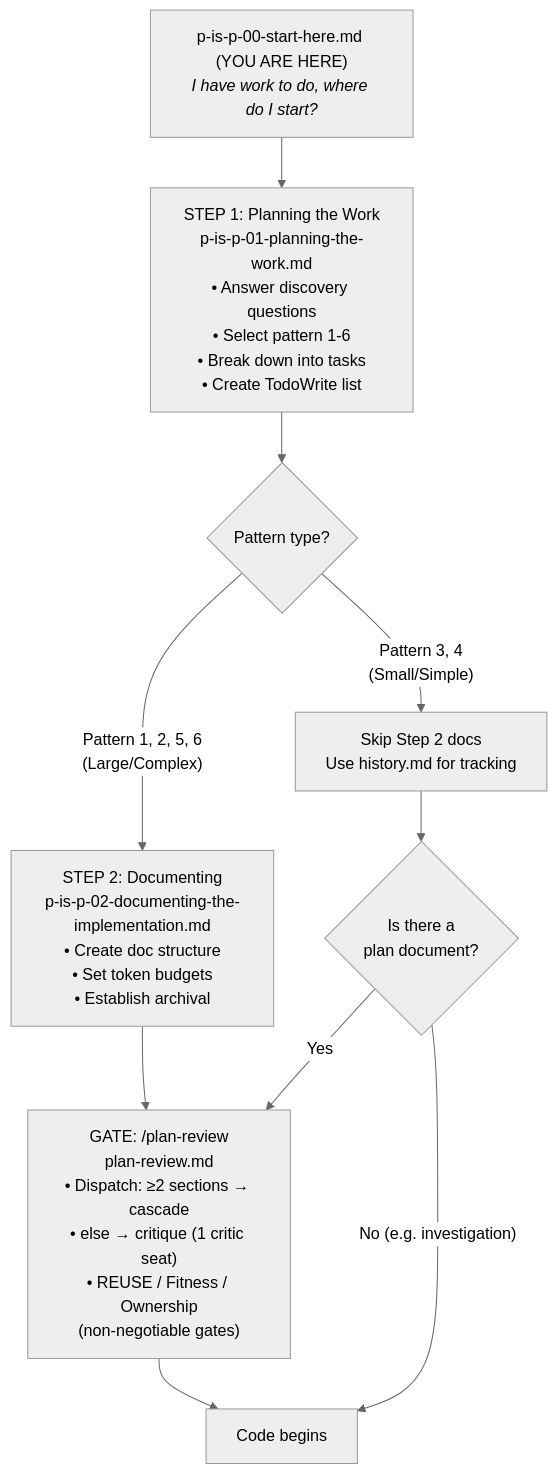
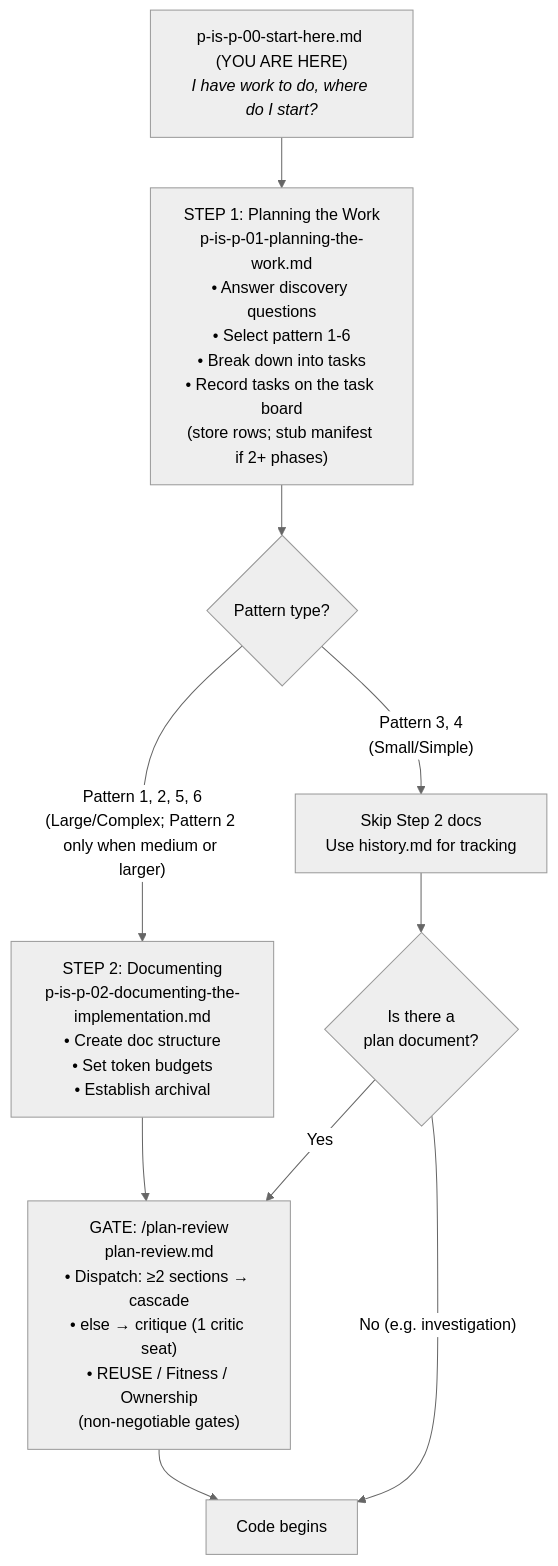
One commit to deepily/planning-is-prompting changed the diagram in workflow/p-is-p-00-start-here.md. Above: the diagram before and after it, drawn with Mermaid (neutral theme). The commit also changed other lines of this file and 221 other files, not shown here.

First line of the commit message:
v0.2.2 → main: reuse check at plan time, plan stub manifest, last-call duplicate check, one-click approvals (2026-09-30 → 2026-11-04) (#8)

````diff
--- a/workflow/p-is-p-00-start-here.md
+++ b/workflow/p-is-p-00-start-here.md
@@ -260,15 +260,15 @@
 ```mermaid
 flowchart TD
     Start["p-is-p-00-start-here.md (YOU ARE HERE)<br><i>I have work to do, where do I start?</i>"]
-    Step1["STEP 1: Planning the Work<br>p-is-p-01-planning-the-work.md<br>• Answer discovery questions<br>• Select pattern 1-6<br>• Break down into tasks<br>• Create TodoWrite list"]
+    Step1["STEP 1: Planning the Work<br>p-is-p-01-planning-the-work.md<br>• Answer discovery questions<br>• Select pattern 1-6<br>• Break down into tasks<br>• Record tasks on the task board<br>(store rows; stub manifest if 2+ phases)"]
     Start --> Step1
     Step1 --> Branch{Pattern type?}
-    Branch -->|"Pattern 1, 2, 5, 6<br>(Large/Complex)"| Step2["STEP 2: Documenting<br>p-is-p-02-documenting-the-implementation.md<br>• Create doc structure<br>• Set token budgets<br>• Establish archival"]
+    Branch -->|"Pattern 1, 2, 5, 6<br>(Large/Complex; Pattern 2 only when medium or larger)"| Step2["STEP 2: Documenting<br>p-is-p-02-documenting-the-implementation.md<br>• Create doc structure<br>• Set token budgets<br>• Establish archival"]
     Branch -->|"Pattern 3, 4<br>(Small/Simple)"| Skip["Skip Step 2 docs<br>Use history.md for tracking"]
     Review["GATE: /plan-review<br>plan-review.md<br>• Dispatch: ≥2 sections → cascade<br>• else → critique (1 critic seat)<br>• REUSE / Fitness / Ownership<br>(non-negotiable gates)"]
     Step2 --> Review
     Skip --> HasDoc{Is there a<br>plan document?}
     HasDoc -->|Yes| Review
     HasDoc -->|"No (e.g. investigation)"| Code
     Review --> Code["Code begins"]
 ```
````
